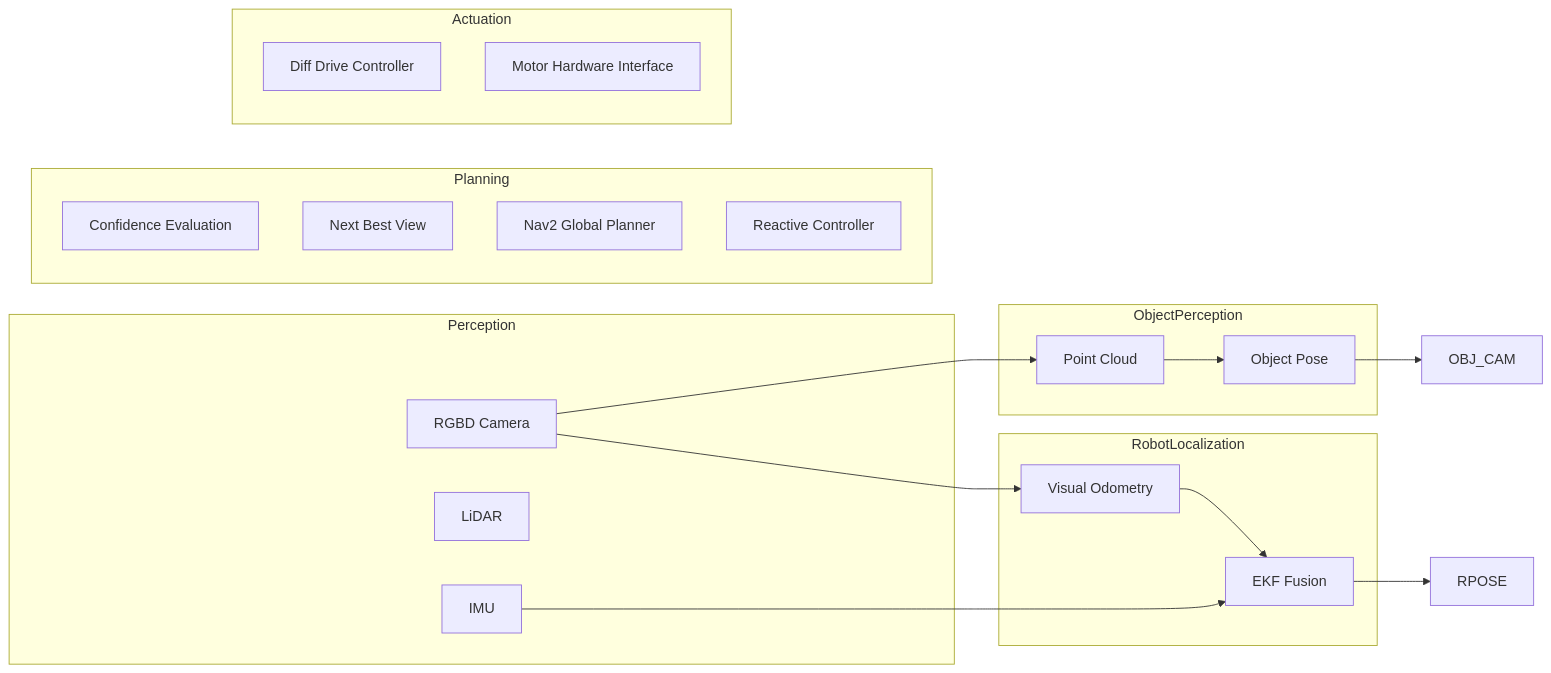
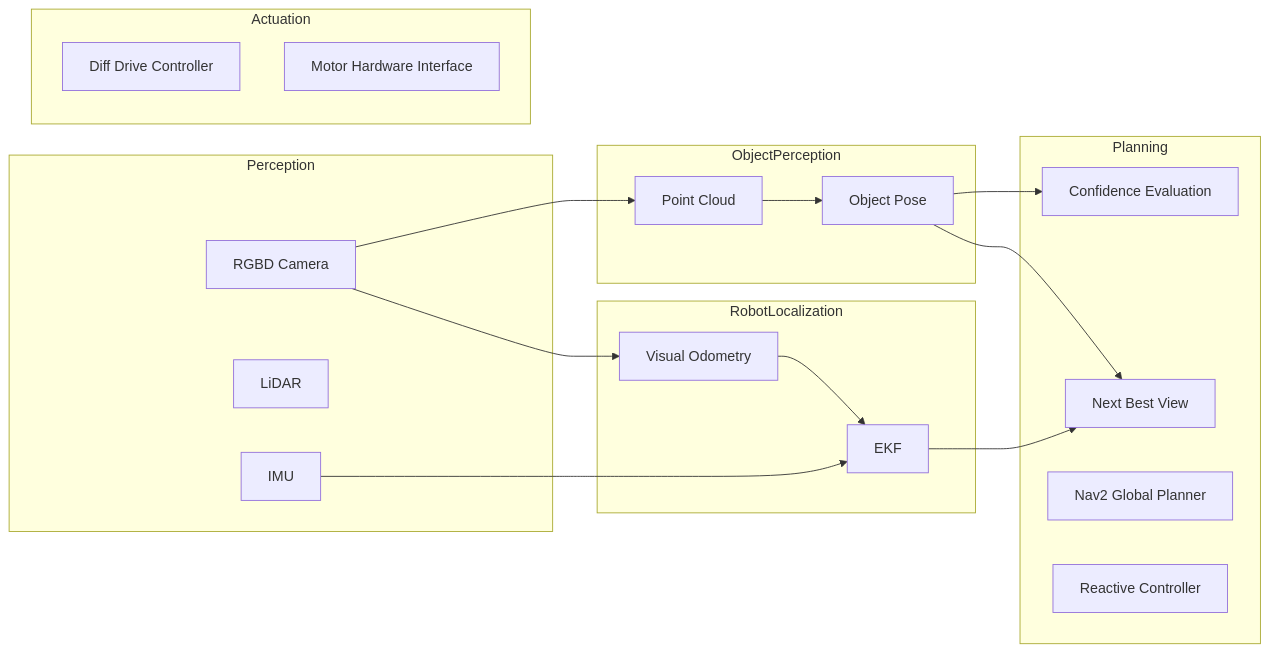
The diagram in project/report1.md (SeasonedLeo/RAS_Mobile_Robotics_Vision), drawn with Mermaid before and after one commit.

Commit message:
added localization arrows

````diff
--- a/project/report1.md
+++ b/project/report1.md
@@ -90,42 +90,43 @@
 ```mermaid
 flowchart LR
 
   subgraph Perception
     RGBD[RGBD Camera]
     LIDAR[LiDAR]
     IMU[IMU]
   end
 
   subgraph ObjectPerception
     PCP[Point Cloud]
     OPE[Object Pose]
   end
 
   subgraph RobotLocalization
     VO[Visual Odometry]
-    EKF[EKF Fusion]
+    EKF[EKF]
   end
   subgraph Planning
     CONF[Confidence Evaluation]
     NBV[Next Best View]
     NAV2[Nav2 Global Planner]
     RC[Reactive Controller]
   end
 
   subgraph Actuation
     DDC[Diff Drive Controller]
     MHI[Motor Hardware Interface]
   end
 
   %% Perception → Object perception
   RGBD --> PCP
   PCP --> OPE
-  OPE --> OBJ_CAM
+  OPE --> CONF
 
   %% Perception → Localization
   RGBD --> VO
   IMU --> EKF
   VO --> EKF
-  EKF --> RPOSE
+  EKF --> NBV
+  OPE --> NBV
 
 ```
````
